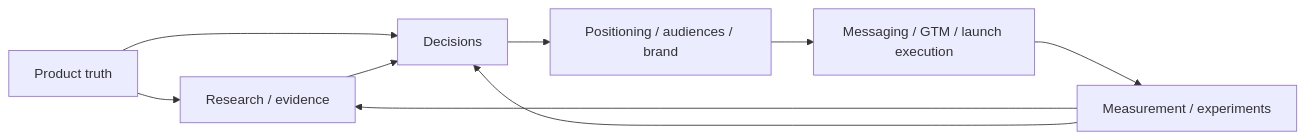
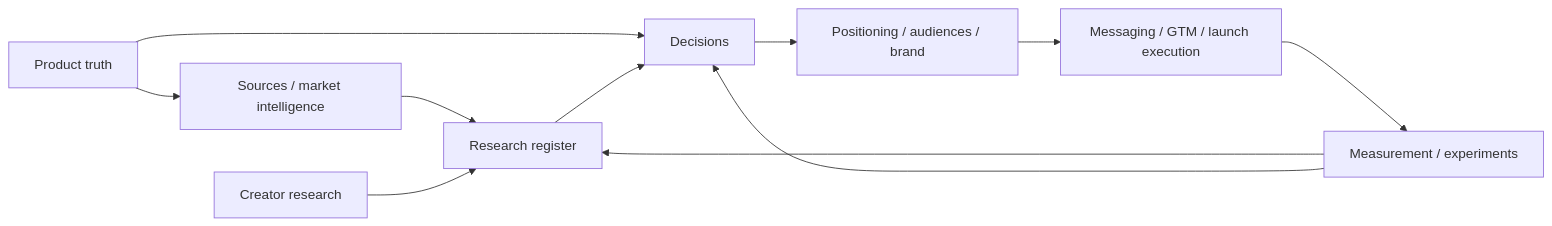
One commit to az1nn/openband changed the first of 2 diagrams in docs/marketing/README.md. Above: the diagram before and after it, drawn with Mermaid. The commit also changed other lines of this file, not shown here.

Commit message:
docs(marketing): integrate market intelligence layer

````diff
--- a/docs/marketing/README.md
+++ b/docs/marketing/README.md
@@ -77,11 +78,13 @@
 ```mermaid
 flowchart LR
-  PT[Product truth] --> R[Research / evidence]
+  PT[Product truth] --> SI[Sources / market intelligence]
+  SI --> R[Research register]
+  CR[Creator research] --> R
   PT --> D[Decisions]
   R --> D
   D --> S[Positioning / audiences / brand]
   S --> M[Messaging / GTM / launch execution]
   M --> X[Measurement / experiments]
   X --> R
   X --> D
 ```
````
